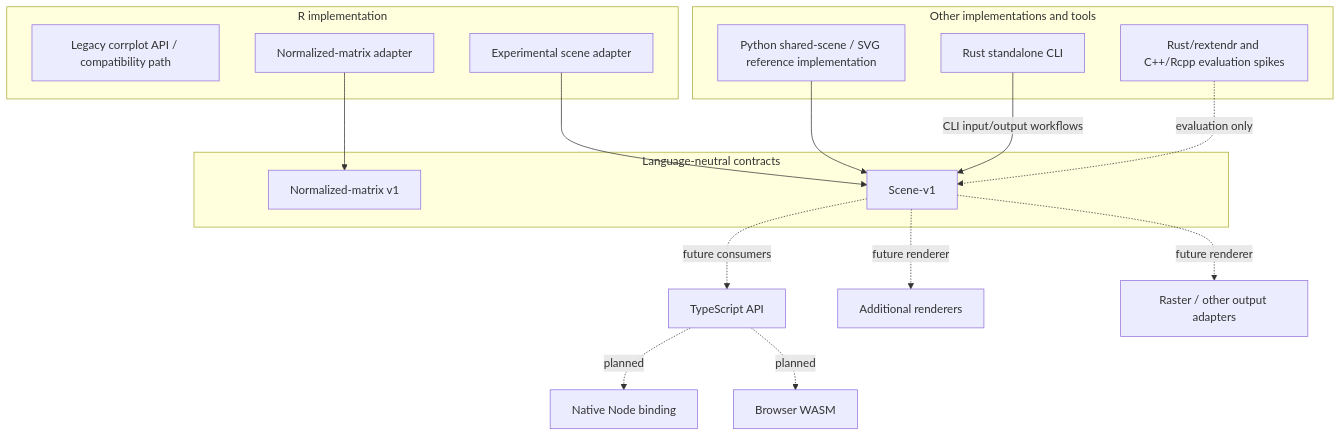
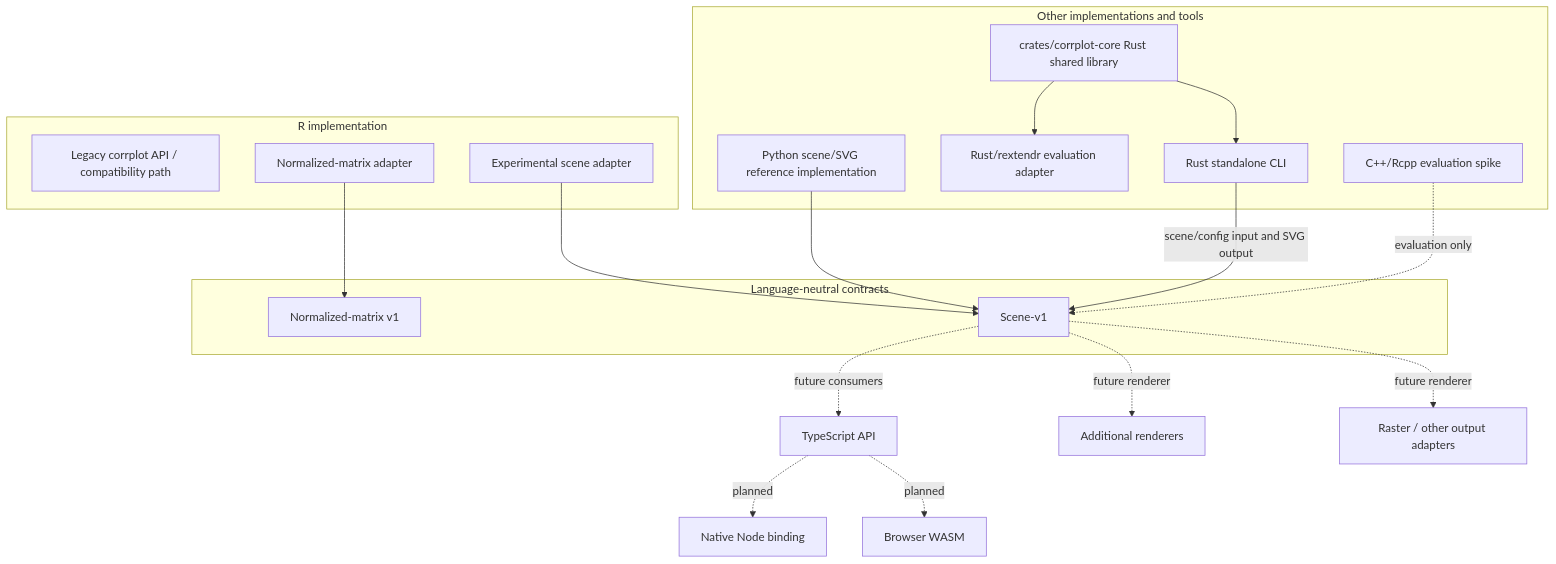
The diagram in docs/architecture.md (vsimko/corrplot-ng), drawn with Mermaid before and after one commit. The commit also changed other lines of this file and 5 other files, not shown here.

First line of the commit message:
docs: align repository structure with shared Rust core (#185)

````diff
--- a/docs/architecture.md
+++ b/docs/architecture.md
@@ -24,31 +24,35 @@
 ```mermaid
 flowchart TB
     subgraph Contracts[Language-neutral contracts]
       NM[Normalized-matrix v1]
       SC[Scene-v1]
     end
 
     subgraph R[R implementation]
       RLEG[Legacy corrplot API / compatibility path]
       RNORM[Normalized-matrix adapter]
       RSCENE[Experimental scene adapter]
     end
 
     subgraph Other[Other implementations and tools]
-      PY[Python shared-scene / SVG reference implementation]
+      CORE[crates/corrplot-core Rust shared library]
       CLI[Rust standalone CLI]
-      SPIKES[Rust/rextendr and C++/Rcpp evaluation spikes]
+      REXTENDR[Rust/rextendr evaluation adapter]
+      PY[Python scene/SVG reference implementation]
+      SPIKES[C++/Rcpp evaluation spike]
     end
 
     RNORM --> NM
     RSCENE --> SC
+    CORE --> CLI
+    CORE --> REXTENDR
     PY --> SC
-    CLI -->|CLI input/output workflows| SC
+    CLI -->|scene/config input and SVG output| SC
     SPIKES -. evaluation only .-> SC
 
     SC -. future consumers .-> TS[TypeScript API]
     TS -. planned .-> NODE[Native Node binding]
     TS -. planned .-> WASM[Browser WASM]
     SC -. future renderer .-> SVG[Additional renderers]
     SC -. future renderer .-> RENDER[Raster / other output adapters]
 ```
````
